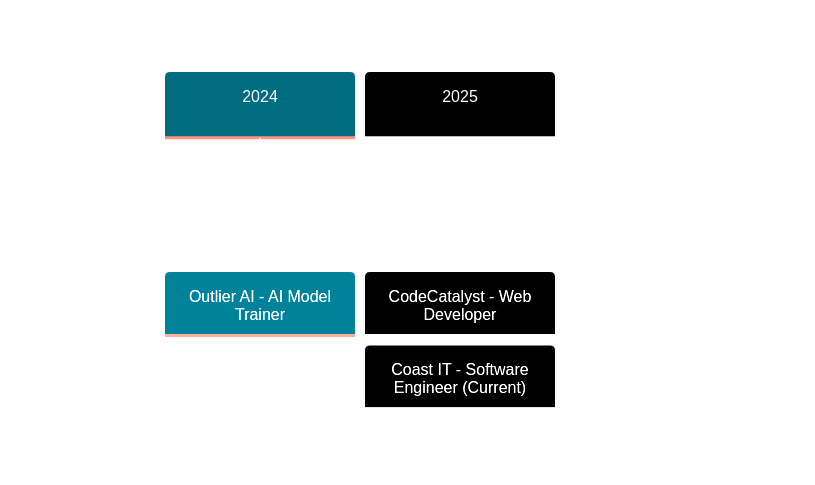
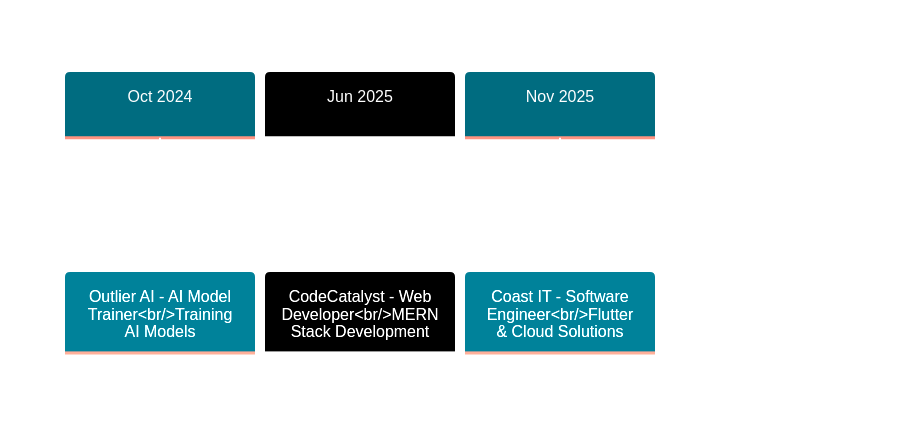
The diagram in README.md (NickiMash17/NickiMash17), drawn with Mermaid before and after one commit. The commit also changed other lines of this file, not shown here.

````diff
--- a/README.md
+++ b/README.md
@@ -238,7 +227,8 @@
 ```mermaid
 %%{init: {'theme':'base', 'themeVariables': { 'primaryColor':'#00D9FF','primaryTextColor':'#fff','primaryBorderColor':'#00D9FF','lineColor':'#00CED1','secondaryColor':'#0a192f','tertiaryColor':'#00D9FF'}}}%%
 timeline
-    title My Professional Journey
-    2024 : Outlier AI - AI Model Trainer
-    2025 : CodeCatalyst - Web Developer : Coast IT - Software Engineer (Current)
+    title Professional Journey 2024-2025
+    Oct 2024 : Outlier AI - AI Model Trainer<br/>Training AI Models
+    Jun 2025 : CodeCatalyst - Web Developer<br/>MERN Stack Development
+    Nov 2025 : Coast IT - Software Engineer<br/>Flutter & Cloud Solutions
 ```
````
